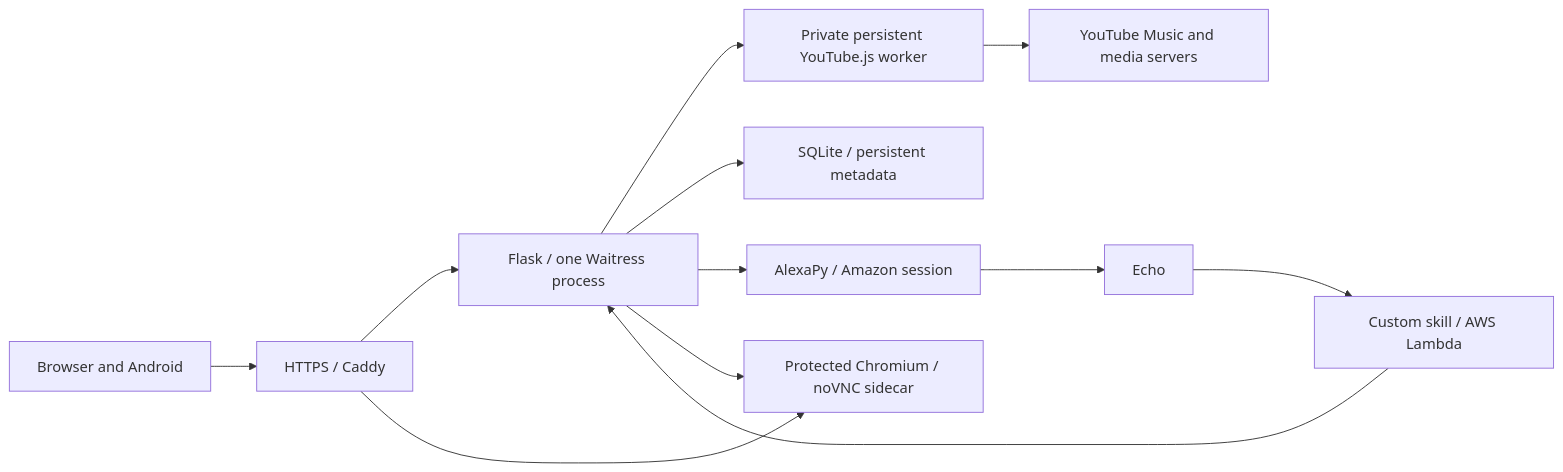
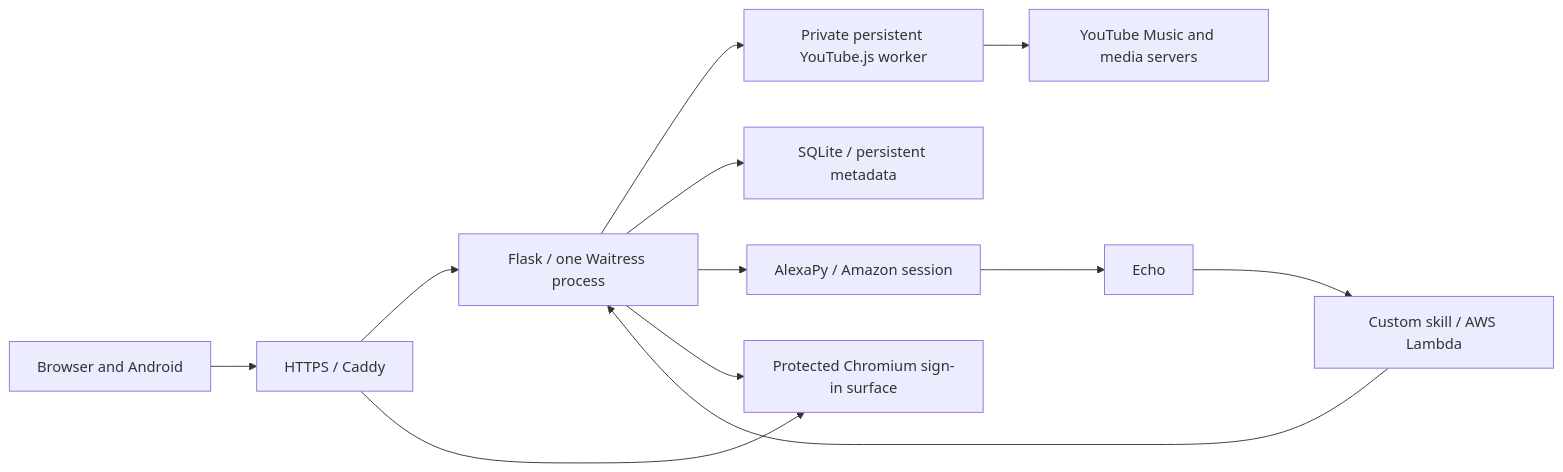
Before and after one commit to arookiecoder-ip/youtube-music-alexa-skill: the diagram in README.md, drawn with Mermaid. The commit also changed other lines of this file and 31 other files, not shown here.

````diff
--- a/README.md
+++ b/README.md
@@ -28,14 +28,14 @@
 ```mermaid
 flowchart LR
     Clients[Browser and Android] --> Caddy[HTTPS / Caddy]
     Caddy --> Flask[Flask / one Waitress process]
     Flask --> Node[Private persistent YouTube.js worker]
     Node --> YouTube[YouTube Music and media servers]
     Flask --> DB[SQLite / persistent metadata]
     Flask --> Amazon[AlexaPy / Amazon session]
     Amazon --> Echo[Echo]
     Echo --> Lambda[Custom skill / AWS Lambda]
     Lambda --> Flask
-    Caddy --> Browser[Protected Chromium / noVNC sidecar]
+    Caddy --> Browser[Protected Chromium sign-in surface]
     Flask --> Browser
 ```
````
